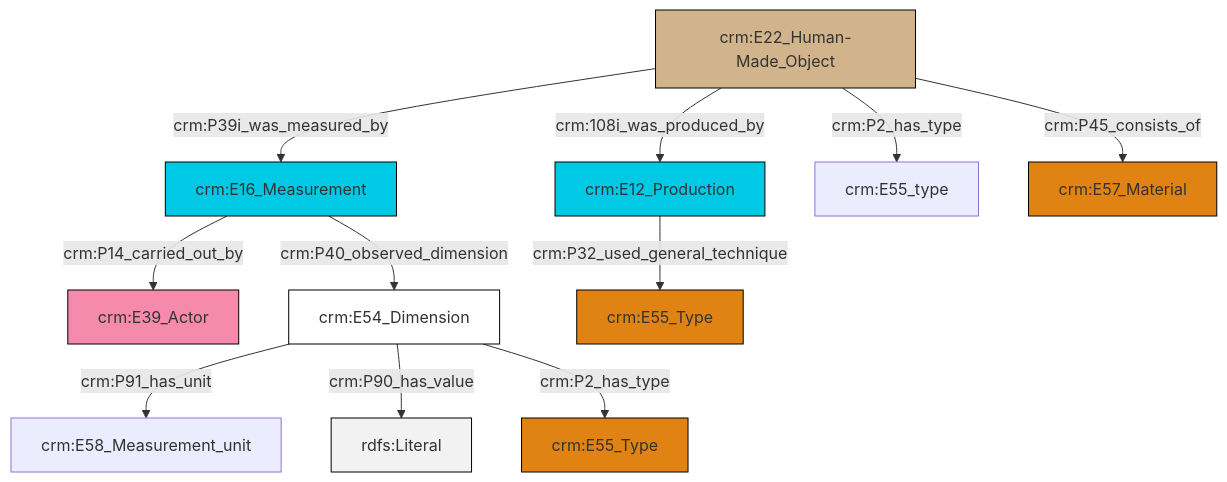
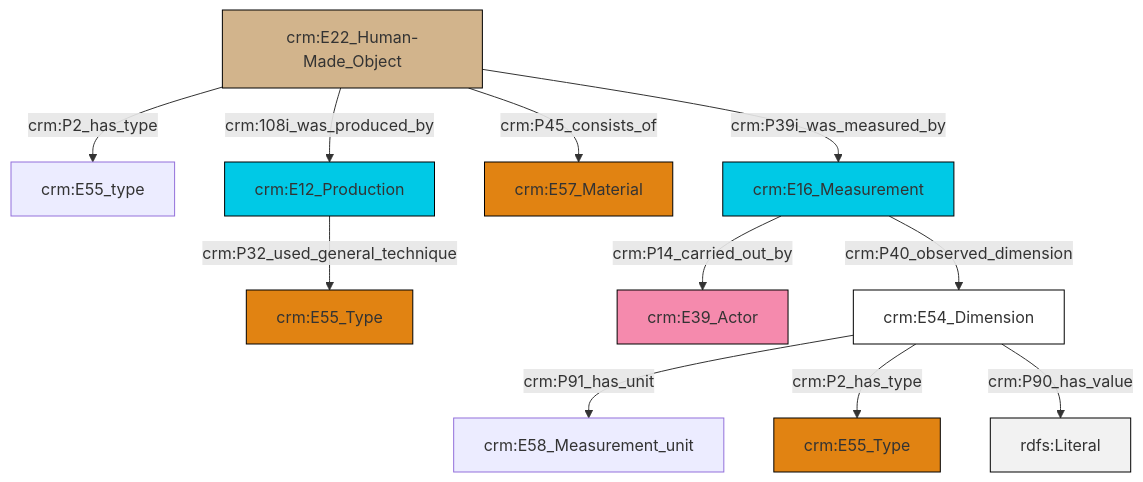
The diagram in et/builtWorkCSV/ttl/mmd/Built_Work_substance.ttl.mmd (swiss-art-research-net/docs.swissartresearch), drawn with Mermaid before and after one commit. The commit also changed 179 other files, not shown here.

```diff
--- a/et/builtWorkCSV/ttl/mmd/Built_Work_substance.ttl.mmd
+++ b/et/builtWorkCSV/ttl/mmd/Built_Work_substance.ttl.mmd
@@ -1,25 +1,25 @@
 graph TD
 classDef Literal fill:#f2f2f2,stroke:#000000;
 classDef CRM_Entity fill:#FFFFFF,stroke:#000000;
 classDef Temporal_Entity fill:#00C9E6, stroke:#000000;
 classDef Type fill:#E18312, stroke:#000000;
 classDef Time-Span fill:#2C9C91, stroke:#000000;
 classDef Appellation fill:#FFEB7F, stroke:#000000;
 classDef Place fill:#008836, stroke:#000000;
 classDef Persistent_Item fill:#B266B2, stroke:#000000;
 classDef Conceptual_Object fill:#FFD700, stroke:#000000;
 classDef Physical_Thing fill:#D2B48C, stroke:#000000;
 classDef Actor fill:#f58aad, stroke:#000000;
 classDef PC_Classes fill:#4ce600, stroke:#000000;
 classDef Multi fill:#cccccc,stroke:#000000;
 
-0["crm:E16_Measurement"]:::Temporal_Entity -->|crm:P14_carried_out_by| 1["crm:E39_Actor"]:::Actor
-4["crm:E22_Human-Made_Object"]:::Physical_Thing -->|crm:P2_has_type| 5["crm:E55_type"]:::Default
-4["crm:E22_Human-Made_Object"]:::Physical_Thing -->|crm:P39i_was_measured_by| 0["crm:E16_Measurement"]:::Temporal_Entity
-6["crm:E54_Dimension"]:::CRM_Entity -->|crm:P91_has_unit| 7["crm:E58_Measurement_unit"]:::Default
-6["crm:E54_Dimension"]:::CRM_Entity -->|crm:P90_has_value| 8[rdfs:Literal]:::Literal
-0["crm:E16_Measurement"]:::Temporal_Entity -->|crm:P40_observed_dimension| 6["crm:E54_Dimension"]:::CRM_Entity
-2["crm:E12_Production"]:::Temporal_Entity -->|crm:P32_used_general_technique| 11["crm:E55_Type"]:::Type
-4["crm:E22_Human-Made_Object"]:::Physical_Thing -->|crm:P45_consists_of| 13["crm:E57_Material"]:::Type
-6["crm:E54_Dimension"]:::CRM_Entity -->|crm:P2_has_type| 17["crm:E55_Type"]:::Type
-4["crm:E22_Human-Made_Object"]:::Physical_Thing -->|crm:108i_was_produced_by| 2["crm:E12_Production"]:::Temporal_Entity
+0["crm:E22_Human-Made_Object"]:::Physical_Thing -->|crm:P2_has_type| 1["crm:E55_type"]:::Default
+0["crm:E22_Human-Made_Object"]:::Physical_Thing -->|crm:P39i_was_measured_by| 4["crm:E16_Measurement"]:::Temporal_Entity
+10["crm:E54_Dimension"]:::CRM_Entity -->|crm:P91_has_unit| 11["crm:E58_Measurement_unit"]:::Default
+0["crm:E22_Human-Made_Object"]:::Physical_Thing -->|crm:108i_was_produced_by| 12["crm:E12_Production"]:::Temporal_Entity
+4["crm:E16_Measurement"]:::Temporal_Entity -->|crm:P14_carried_out_by| 5["crm:E39_Actor"]:::Actor
+10["crm:E54_Dimension"]:::CRM_Entity -->|crm:P2_has_type| 13["crm:E55_Type"]:::Type
+4["crm:E16_Measurement"]:::Temporal_Entity -->|crm:P40_observed_dimension| 10["crm:E54_Dimension"]:::CRM_Entity
+12["crm:E12_Production"]:::Temporal_Entity -->|crm:P32_used_general_technique| 2["crm:E55_Type"]:::Type
+10["crm:E54_Dimension"]:::CRM_Entity -->|crm:P90_has_value| 18[rdfs:Literal]:::Literal
+0["crm:E22_Human-Made_Object"]:::Physical_Thing -->|crm:P45_consists_of| 7["crm:E57_Material"]:::Type
```
